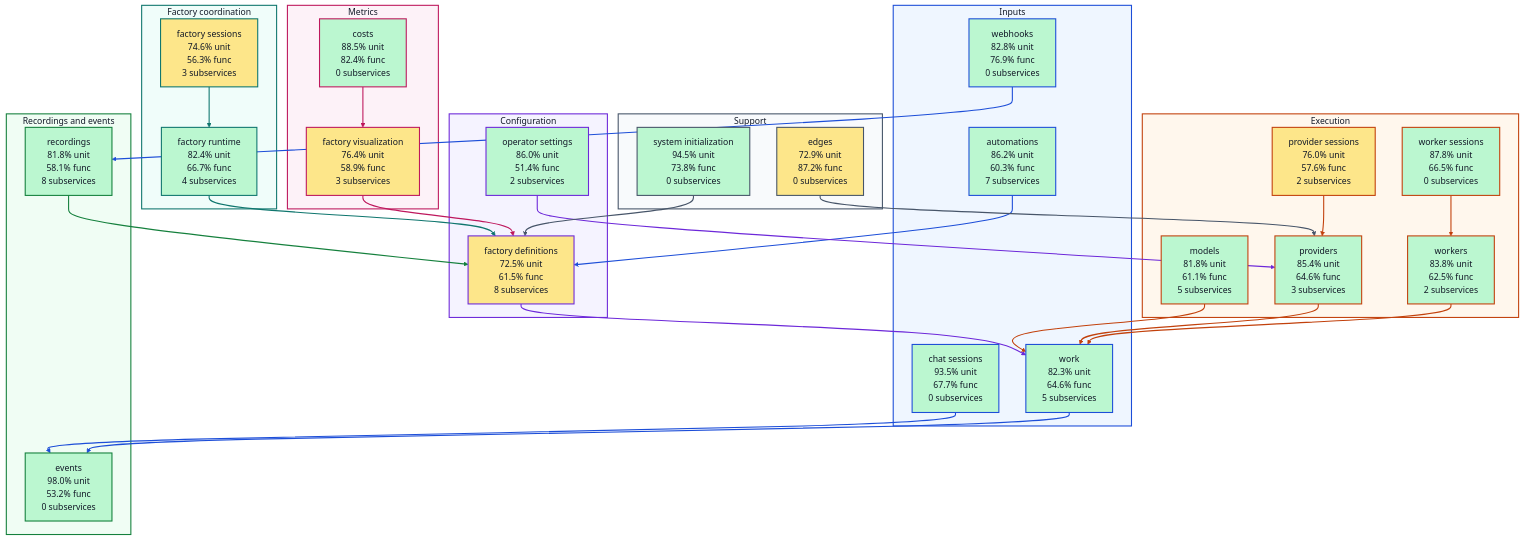
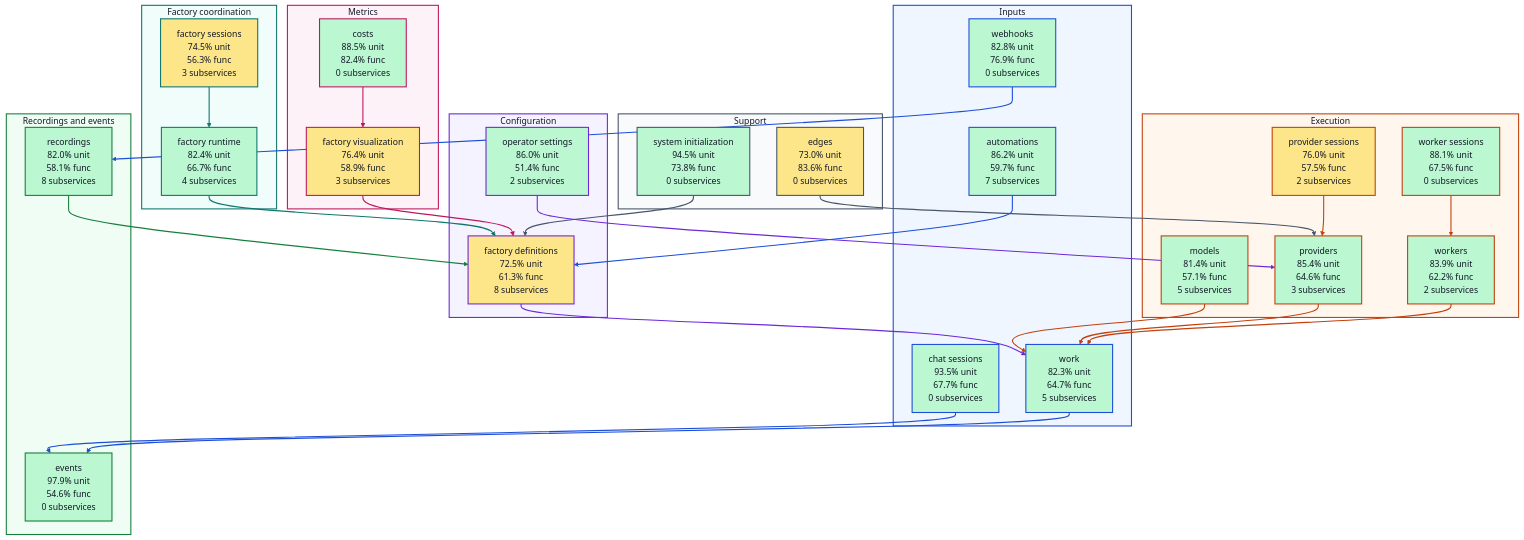
The diagram in docs/architecture/visualizations/high-level-test-coverage.md (portpowered/you-agent-factory), drawn with Mermaid before and after one commit. The commit also changed other lines of this file and 20 other files, not shown here.

Commit message:
docs: refresh backend architecture visualizations

````diff
--- a/docs/architecture/visualizations/high-level-test-coverage.md
+++ b/docs/architecture/visualizations/high-level-test-coverage.md
@@ -11,36 +11,36 @@
 ```mermaid
 flowchart TB
   subgraph input["Inputs"]
-    s_services_automations["automations<br/>86.2% unit<br/>60.3% func<br/>7 subservices"]
+    s_services_automations["automations<br/>86.2% unit<br/>59.7% func<br/>7 subservices"]
     s_services_chat_sessions["chat sessions<br/>93.5% unit<br/>67.7% func<br/>0 subservices"]
     s_services_webhooks["webhooks<br/>82.8% unit<br/>76.9% func<br/>0 subservices"]
-    s_services_work["work<br/>82.3% unit<br/>64.6% func<br/>5 subservices"]
+    s_services_work["work<br/>82.3% unit<br/>64.7% func<br/>5 subservices"]
   end
   subgraph configuration["Configuration"]
-    s_services_factory_definitions["factory definitions<br/>72.5% unit<br/>61.5% func<br/>8 subservices"]
+    s_services_factory_definitions["factory definitions<br/>72.5% unit<br/>61.3% func<br/>8 subservices"]
     s_services_operator_settings["operator settings<br/>86.0% unit<br/>51.4% func<br/>2 subservices"]
   end
   subgraph coordination["Factory coordination"]
     s_services_factory_runtime["factory runtime<br/>82.4% unit<br/>66.7% func<br/>4 subservices"]
-    s_services_factory_sessions["factory sessions<br/>74.6% unit<br/>56.3% func<br/>3 subservices"]
+    s_services_factory_sessions["factory sessions<br/>74.5% unit<br/>56.3% func<br/>3 subservices"]
   end
   subgraph execution["Execution"]
-    s_services_models["models<br/>81.8% unit<br/>61.1% func<br/>5 subservices"]
-    s_services_provider_sessions["provider sessions<br/>76.0% unit<br/>57.6% func<br/>2 subservices"]
+    s_services_models["models<br/>81.4% unit<br/>57.1% func<br/>5 subservices"]
+    s_services_provider_sessions["provider sessions<br/>76.0% unit<br/>57.5% func<br/>2 subservices"]
     s_services_providers["providers<br/>85.4% unit<br/>64.6% func<br/>3 subservices"]
-    s_services_worker_sessions["worker sessions<br/>87.8% unit<br/>66.5% func<br/>0 subservices"]
-    s_services_workers["workers<br/>83.8% unit<br/>62.5% func<br/>2 subservices"]
+    s_services_worker_sessions["worker sessions<br/>88.1% unit<br/>67.5% func<br/>0 subservices"]
+    s_services_workers["workers<br/>83.9% unit<br/>62.2% func<br/>2 subservices"]
   end
   subgraph recordings["Recordings and events"]
-    s_services_events["events<br/>98.0% unit<br/>53.2% func<br/>0 subservices"]
-    s_services_recordings["recordings<br/>81.8% unit<br/>58.1% func<br/>8 subservices"]
+    s_services_events["events<br/>97.9% unit<br/>54.6% func<br/>0 subservices"]
+    s_services_recordings["recordings<br/>82.0% unit<br/>58.1% func<br/>8 subservices"]
   end
   subgraph metrics["Metrics"]
     s_services_costs["costs<br/>88.5% unit<br/>82.4% func<br/>0 subservices"]
     s_services_factory_visualization["factory visualization<br/>76.4% unit<br/>58.9% func<br/>3 subservices"]
   end
   subgraph support["Support"]
-    s_services_edges["edges<br/>72.9% unit<br/>87.2% func<br/>0 subservices"]
+    s_services_edges["edges<br/>73.0% unit<br/>83.6% func<br/>0 subservices"]
     s_services_system_initialization["system initialization<br/>94.5% unit<br/>73.8% func<br/>0 subservices"]
   end
   s_services_automations --> s_services_factory_definitions
````
